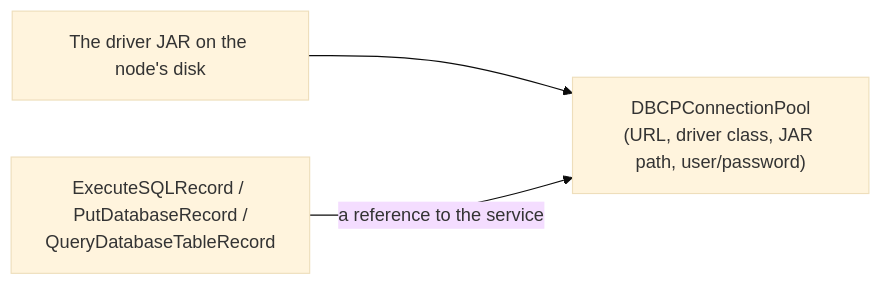
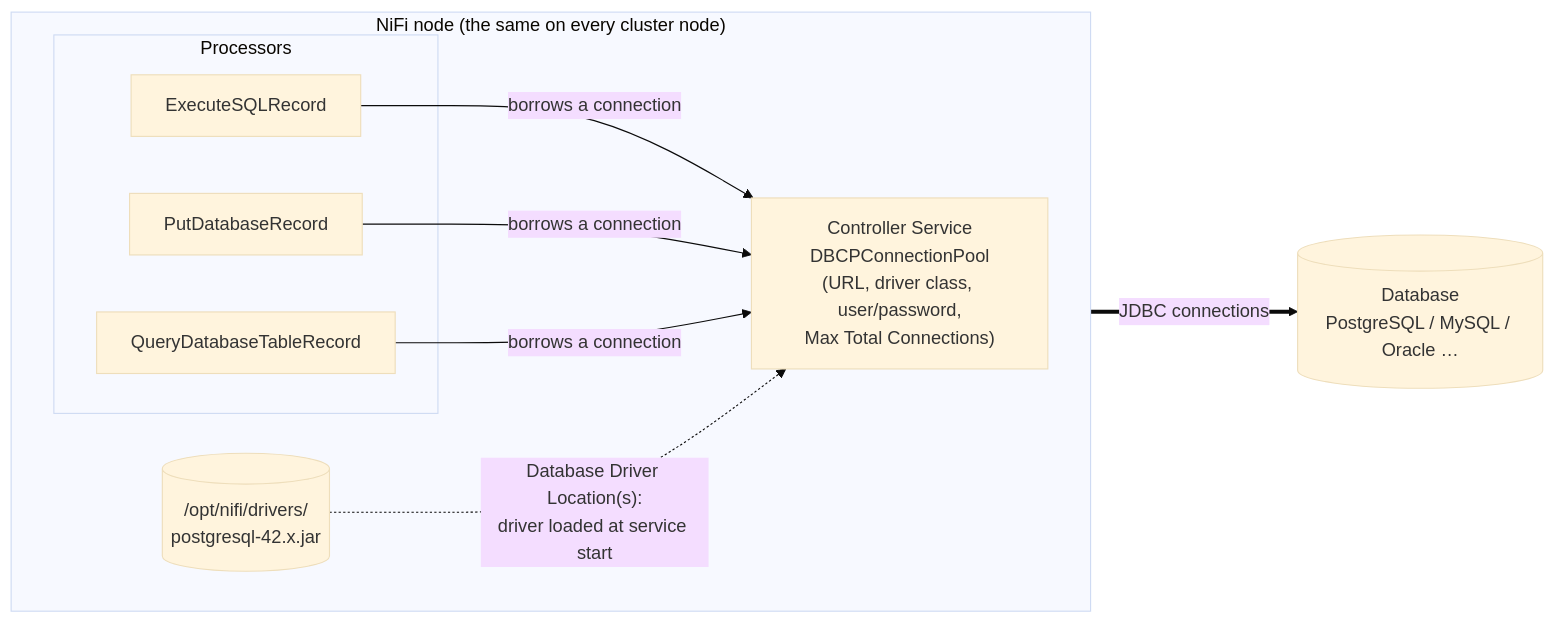
One commit to MagnetonBora/nifi-workshop changed the first of 5 diagrams in content/materials/day-2.md. Above: the diagram before and after it, drawn with Mermaid (base theme).

Commit message:
Edit diagram in day-2

````diff
--- a/content/materials/day-2.md
+++ b/content/materials/day-2.md
@@ -42,5 +42,18 @@
 ```mermaid
 flowchart LR
-  JAR["The driver JAR on the node's disk"] --> POOL["DBCPConnectionPool<br/>(URL, driver class, JAR path, user/password)"]
-  PROC["ExecuteSQLRecord / PutDatabaseRecord /<br/>QueryDatabaseTableRecord"] -- "a reference to the service" --> POOL
+  subgraph NODE["NiFi node (the same on every cluster node)"]
+    direction LR
+    subgraph PROCS["Processors"]
+      P1["ExecuteSQLRecord"]
+      P2["PutDatabaseRecord"]
+      P3["QueryDatabaseTableRecord"]
+    end
+    POOL["Controller Service<br/>DBCPConnectionPool<br/>(URL, driver class, user/password,<br/>Max Total Connections)"]
+    JAR[("/opt/nifi/drivers/<br/>postgresql-42.x.jar")]
+    P1 -- "borrows a connection" --> POOL
+    P2 -- "borrows a connection" --> POOL
+    P3 -- "borrows a connection" --> POOL
+    JAR -. "Database Driver Location(s):<br/>driver loaded at service start" .-> POOL
+  end
+  POOL == "JDBC connections" ==> DB[("Database<br/>PostgreSQL / MySQL / Oracle …")]
 ```
````
